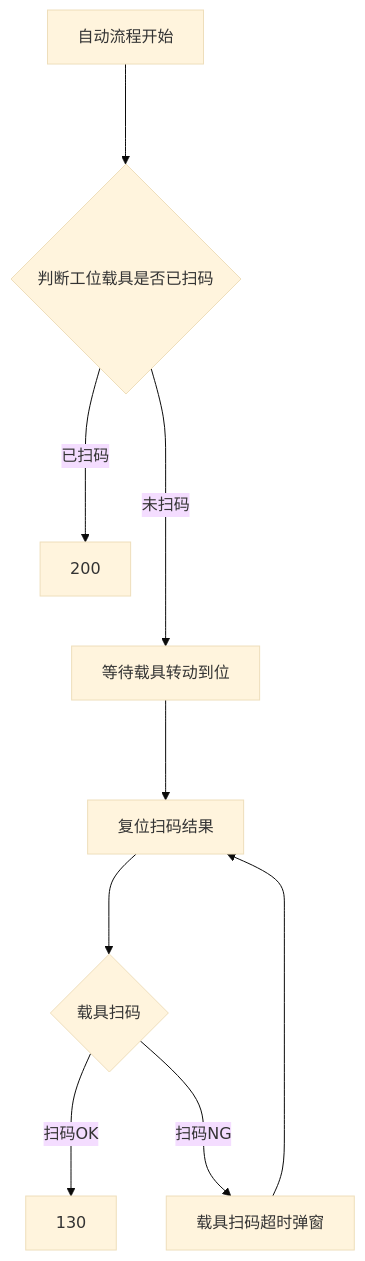
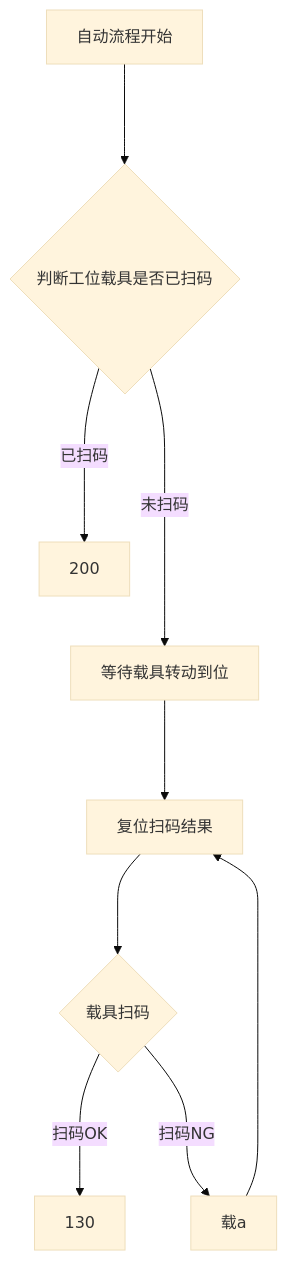
Before and after one commit to zmq000/iodraw-files: the diagram in all/OP70工位2短回流工位.md, drawn with Mermaid (base theme).

Commit message:
2026-06-17 15:54:53 update

````diff
--- a/all/OP70工位2短回流工位.md
+++ b/all/OP70工位2短回流工位.md
@@ -1,13 +1,13 @@
 ```mermaid
 graph TD
 自动流程开始--->
 10{判断工位载具是否已扫码}--->|已扫码|200
 10---->|未扫码|100
 100[等待载具转动到位]--->110
 110[复位扫码结果]--->120
 120{载具扫码}--->|扫码OK|130
 120--->|扫码NG|125
-125[载具扫码超时弹窗]--->110
+125[载a]--->110
 
   
 ```
````
